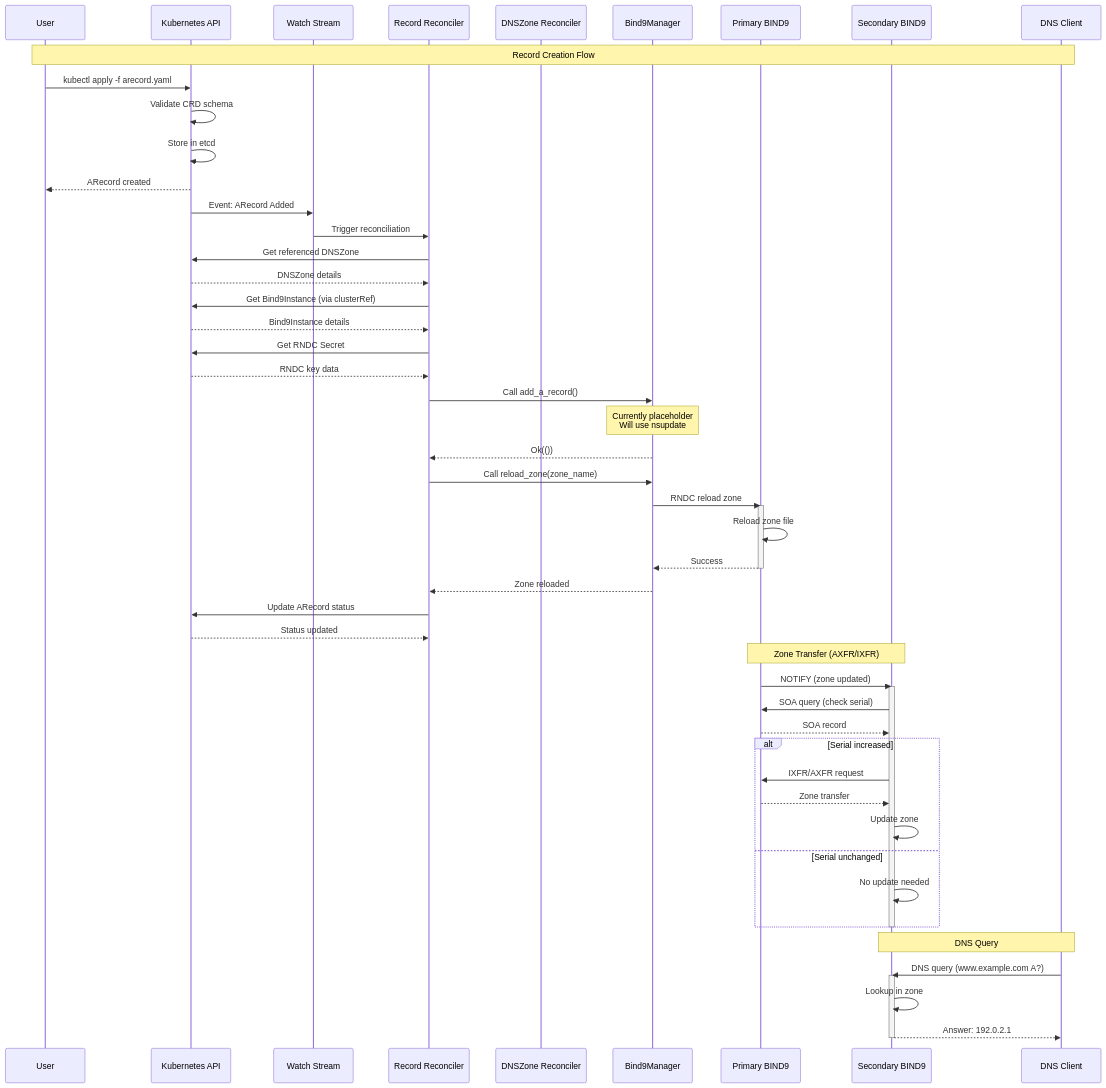
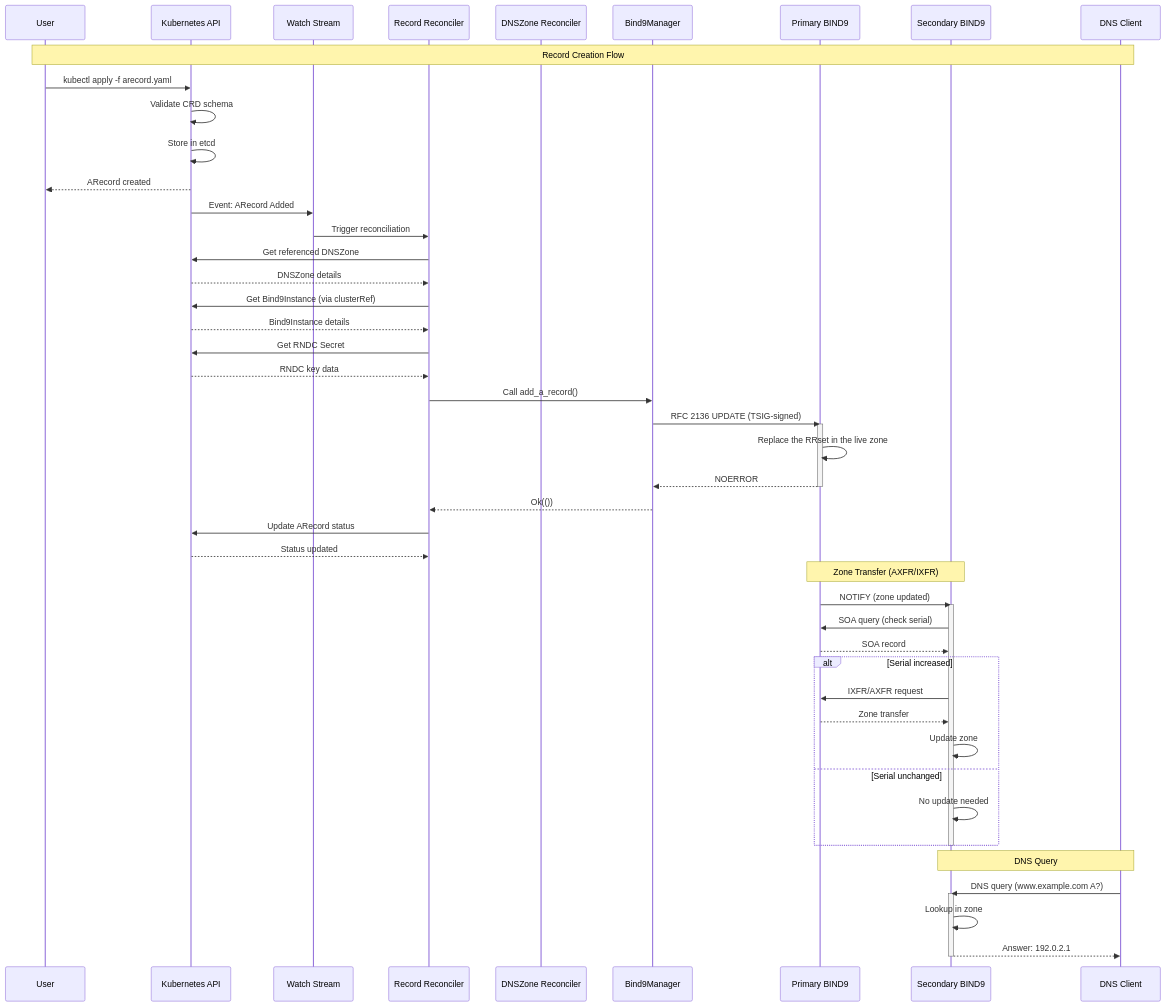
One commit to firestoned/bindy changed the third of 8 diagrams in docs/src/concepts/architecture-diagrams.md. Above: the diagram before and after it, drawn with Mermaid. The commit also changed 139 other files, not shown here.

````diff
--- a/docs/src/concepts/architecture-diagrams.md
+++ b/docs/src/concepts/architecture-diagrams.md
@@ -232,70 +232,66 @@
 ```mermaid
 sequenceDiagram
     participant User
     participant K8sAPI as Kubernetes API
     participant Watch as Watch Stream
     participant RecRec as Record Reconciler
     participant ZoneRec as DNSZone Reconciler
     participant BindMgr as Bind9Manager
     participant Primary as Primary BIND9
     participant Secondary as Secondary BIND9
     participant Client as DNS Client
 
     Note over User,Client: Record Creation Flow
 
     User->>K8sAPI: kubectl apply -f arecord.yaml
     K8sAPI->>K8sAPI: Validate CRD schema
     K8sAPI->>K8sAPI: Store in etcd
     K8sAPI-->>User: ARecord created
 
     K8sAPI->>Watch: Event: ARecord Added
     Watch->>RecRec: Trigger reconciliation
 
     RecRec->>K8sAPI: Get referenced DNSZone
     K8sAPI-->>RecRec: DNSZone details
 
     RecRec->>K8sAPI: Get Bind9Instance (via clusterRef)
     K8sAPI-->>RecRec: Bind9Instance details
 
     RecRec->>K8sAPI: Get RNDC Secret
     K8sAPI-->>RecRec: RNDC key data
 
     RecRec->>BindMgr: Call add_a_record()
-    Note over BindMgr: Currently placeholder<br/>Will use nsupdate
+    BindMgr->>Primary: RFC 2136 UPDATE (TSIG-signed)
+    activate Primary
+    Primary->>Primary: Replace the RRset in the live zone
+    Primary-->>BindMgr: NOERROR
+    deactivate Primary
     BindMgr-->>RecRec: Ok(())
-
-    RecRec->>BindMgr: Call reload_zone(zone_name)
-    BindMgr->>Primary: RNDC reload zone
-    activate Primary
-    Primary->>Primary: Reload zone file
-    Primary-->>BindMgr: Success
-    deactivate Primary
-    BindMgr-->>RecRec: Zone reloaded
 
     RecRec->>K8sAPI: Update ARecord status
     K8sAPI-->>RecRec: Status updated
 
     Note over Primary,Secondary: Zone Transfer (AXFR/IXFR)
 
     Primary->>Secondary: NOTIFY (zone updated)
     activate Secondary
     Secondary->>Primary: SOA query (check serial)
     Primary-->>Secondary: SOA record
 
     alt Serial increased
         Secondary->>Primary: IXFR/AXFR request
         Primary-->>Secondary: Zone transfer
         Secondary->>Secondary: Update zone
     else Serial unchanged
         Secondary->>Secondary: No update needed
     end
     deactivate Secondary
 
     Note over Client,Secondary: DNS Query
 
     Client->>Secondary: DNS query (www.example.com A?)
     activate Secondary
     Secondary->>Secondary: Lookup in zone
     Secondary-->>Client: Answer: 192.0.2.1
     deactivate Secondary
 ```
````
